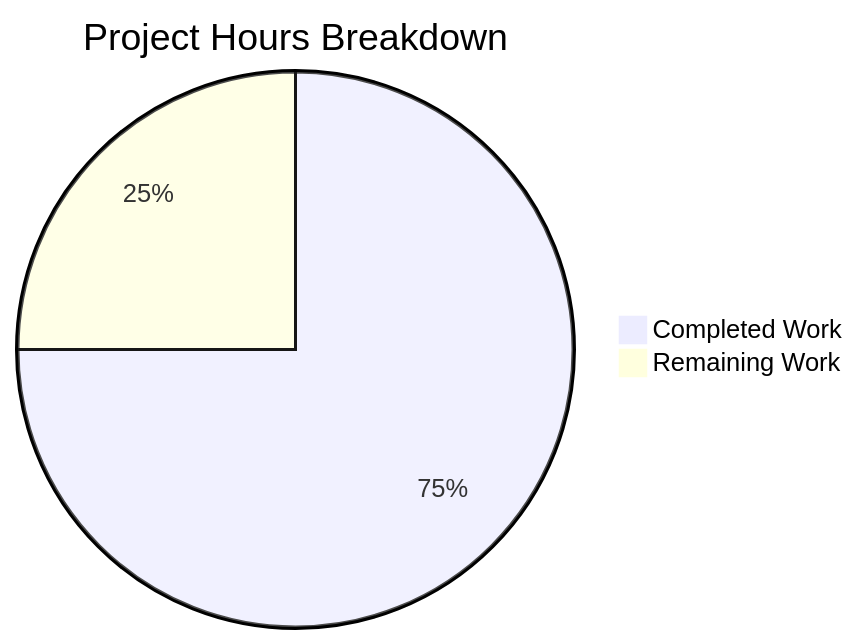
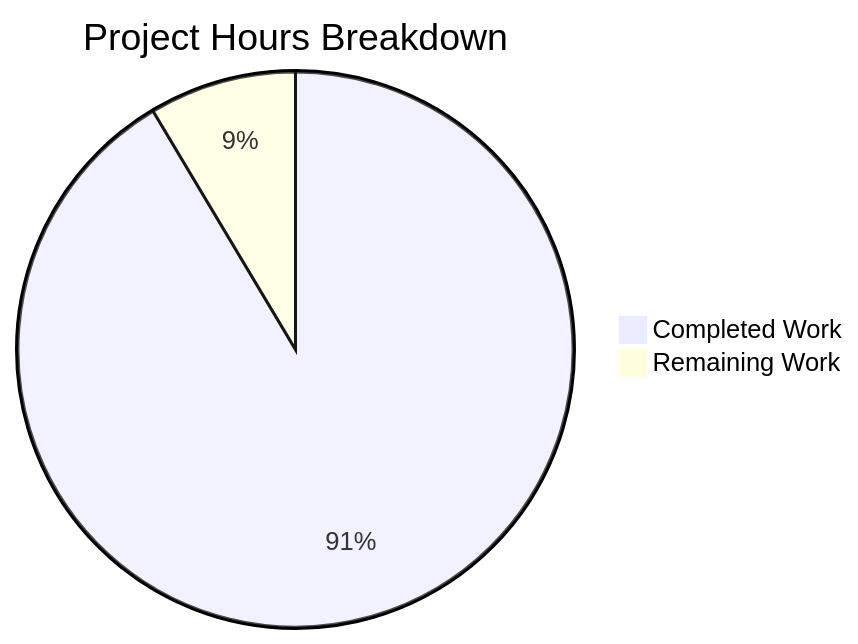
One commit to blitzy-public-samples/blitzy-WebVella-ERP changed the diagram in blitzy/documentation/Project Guide.md. Above: the diagram before and after it, drawn with Mermaid. The commit also changed other lines of this file, not shown here.

Commit message:
Adding Blitzy Project Guide: Project Status and Human Tasks Remaining

````diff
--- a/blitzy/documentation/Project Guide.md
+++ b/blitzy/documentation/Project Guide.md
@@ -35,5 +105,5 @@
 ```mermaid
 pie title Project Hours Breakdown
-    "Completed Work" : 180
-    "Remaining Work" : 60
+    "Completed Work" : 256
+    "Remaining Work" : 24
 ```
````
